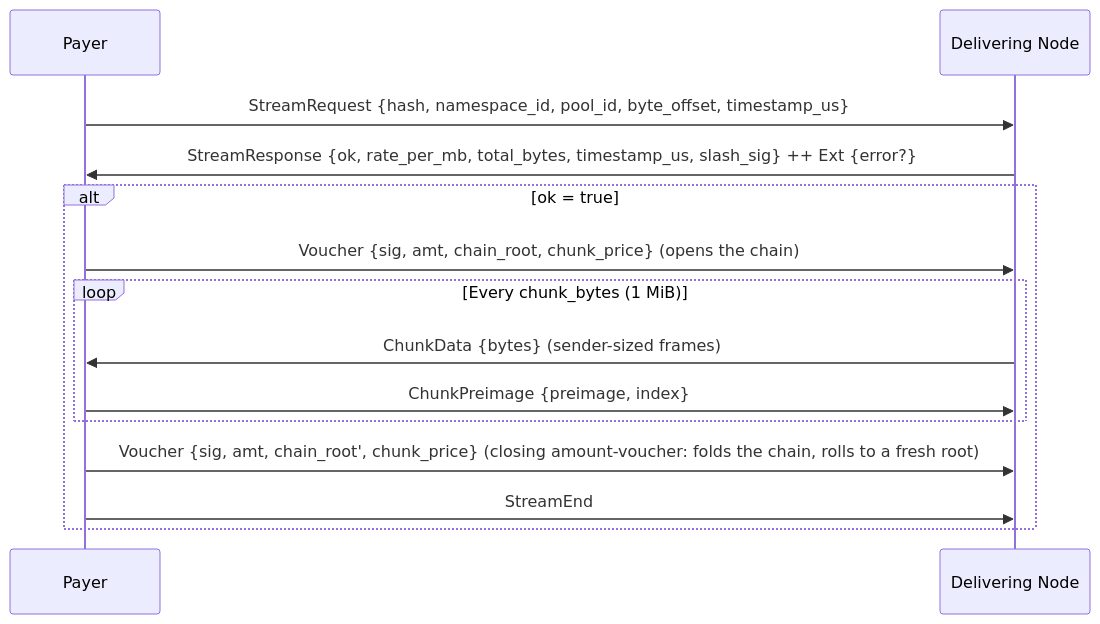
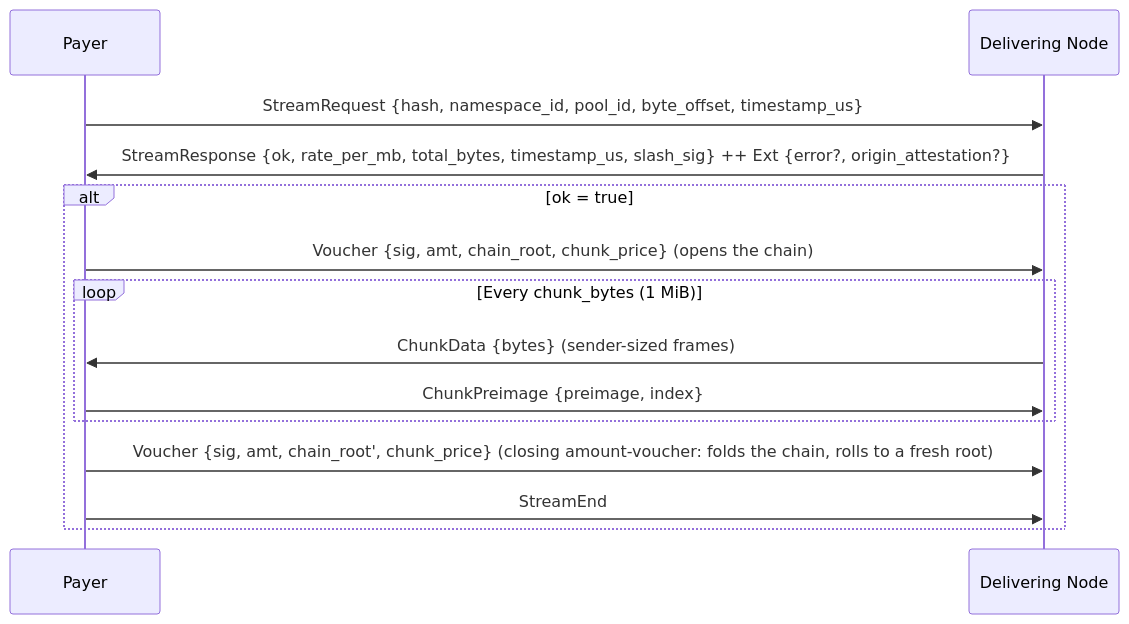
One commit to decdn/decdn changed the second of 3 diagrams in adr/005-protocol.md. Above: the diagram before and after it, drawn with Mermaid. The commit also changed other lines of this file and 8 other files, not shown here.

First line of the commit message:
docs(adr): require an origin attestation on every DHT record

````diff
--- a/adr/005-protocol.md
+++ b/adr/005-protocol.md
@@ -100,18 +100,18 @@
 ```mermaid
 sequenceDiagram
     participant P as Payer
     participant D as Delivering Node
 
     P->>D: StreamRequest {hash, namespace_id, pool_id, byte_offset, timestamp_us}
-    D->>P: StreamResponse {ok, rate_per_mb, total_bytes, timestamp_us, slash_sig} ++ Ext {error?}
+    D->>P: StreamResponse {ok, rate_per_mb, total_bytes, timestamp_us, slash_sig} ++ Ext {error?, origin_attestation?}
 
     alt ok = true
         P->>D: Voucher {sig, amt, chain_root, chunk_price} (opens the chain)
         loop Every chunk_bytes (1 MiB)
             D->>P: ChunkData {bytes} (sender-sized frames)
             P->>D: ChunkPreimage {preimage, index}
         end
         P->>D: Voucher {sig, amt, chain_root', chunk_price} (closing amount-voucher: folds the chain, rolls to a fresh root)
         P->>D: StreamEnd
     end
 ```
````
